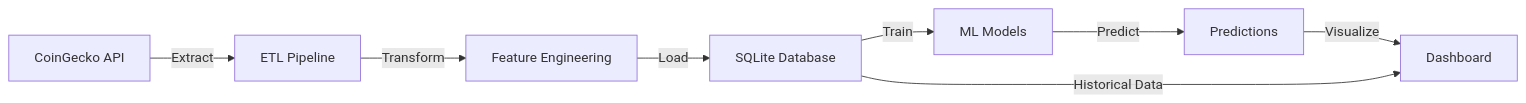
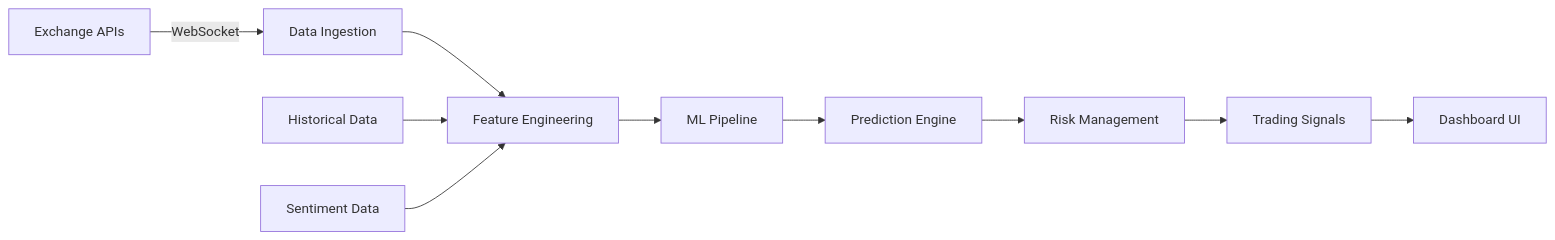
One commit to rosalinatorres888/crypto-ml-pipeline changed the diagram in README.md. Above: the diagram before and after it, drawn with Mermaid. The commit also changed other lines of this file, not shown here.

````diff
--- a/README.md
+++ b/README.md
@@ -108,10 +105,13 @@
 ```mermaid
 graph LR
-    A[CoinGecko API] -->|Extract| B[ETL Pipeline]
-    B -->|Transform| C[Feature Engineering]
-    C -->|Load| D[SQLite Database]
-    D -->|Train| E[ML Models]
-    E -->|Predict| F[Predictions]
-    F -->|Visualize| G[Dashboard]
-    D -->|Historical Data| G
+    A[Exchange APIs] -->|WebSocket| B[Data Ingestion]
+    B --> C[Feature Engineering]
+    C --> D[ML Pipeline]
+    D --> E[Prediction Engine]
+    E --> F[Risk Management]
+    F --> G[Trading Signals]
+    G --> H[Dashboard UI]
+    
+    I[Historical Data] --> C
+    J[Sentiment Data] --> C
 ```
````
